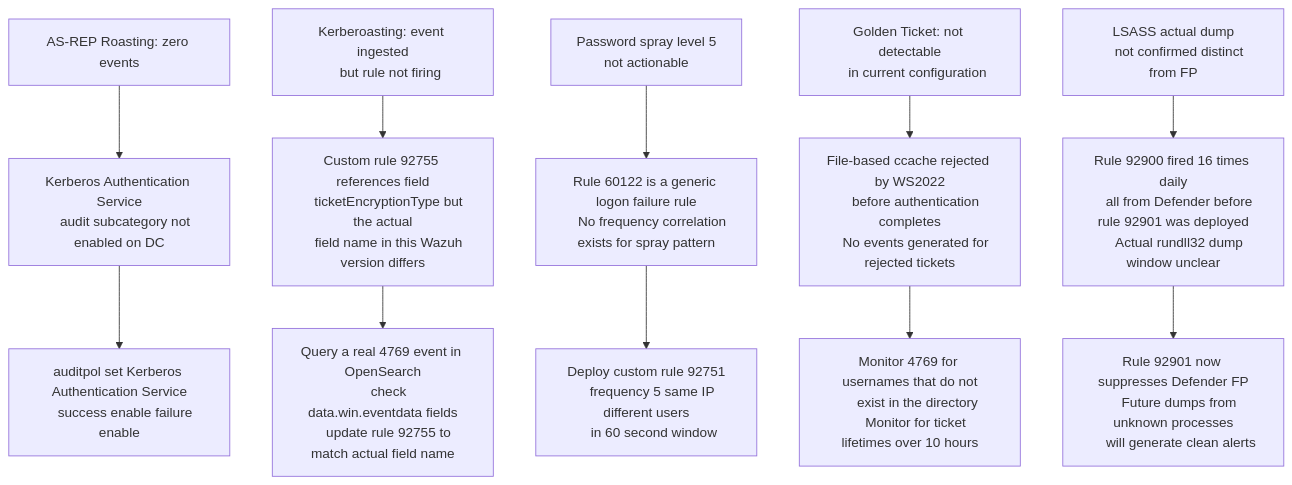
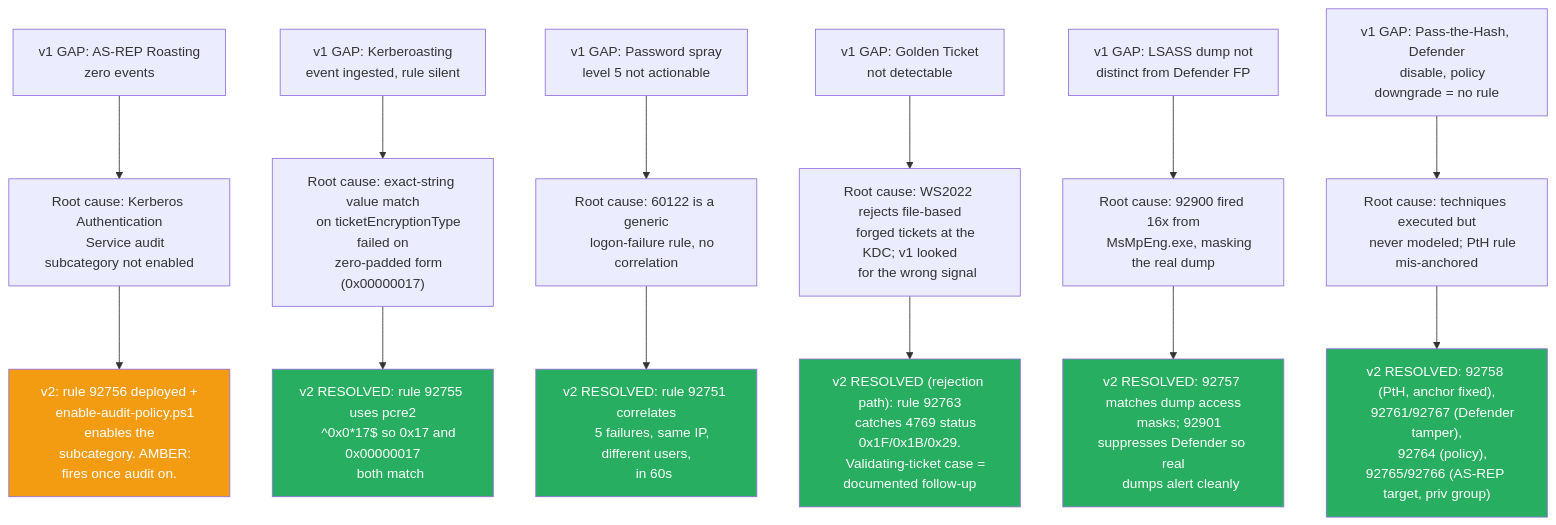
The seventh of 7 diagrams in docs/07-wazuh-detection-report.md (dimasqiramadhani/active-directory-offensive-security), drawn with Mermaid before and after one commit. The commit also changed other lines of this file and 27 other files, not shown here.

````diff
--- a/docs/07-wazuh-detection-report.md
+++ b/docs/07-wazuh-detection-report.md
@@ -252,38 +271,53 @@
 ```mermaid
 flowchart TD
-    GAP1["AS-REP Roasting: zero events"] --> RC1["Kerberos Authentication Service
-    audit subcategory not enabled on DC"]
-    RC1 --> FIX1["auditpol set Kerberos Authentication Service
-    success enable failure enable"]
+    GAP1["v1 GAP: AS-REP Roasting
+    zero events"] --> RC1["Root cause: Kerberos Authentication
+    Service audit subcategory not enabled"]
+    RC1 --> FIX1["v2: rule 92756 deployed +
+    enable-audit-policy.ps1 enables the
+    subcategory. AMBER: fires once audit on."]
 
-    GAP2["Kerberoasting: event ingested
-    but rule not firing"] --> RC2["Custom rule 92755 references field
-    ticketEncryptionType but the actual
-    field name in this Wazuh version differs"]
-    RC2 --> FIX2["Query a real 4769 event in OpenSearch
-    check data.win.eventdata fields
-    update rule 92755 to match actual field name"]
+    GAP2["v1 GAP: Kerberoasting
+    event ingested, rule silent"] --> RC2["Root cause: exact-string value match
+    on ticketEncryptionType failed on
+    zero-padded form (0x00000017)"]
+    RC2 --> FIX2["v2 RESOLVED: rule 92755 uses pcre2
+    ^0x0*17$ so 0x17 and 0x00000017
+    both match"]
 
-    GAP3["Password spray level 5
-    not actionable"] --> RC3["Rule 60122 is a generic logon failure rule
-    No frequency correlation exists for spray pattern"]
-    RC3 --> FIX3["Deploy custom rule 92751
-    frequency 5 same IP different users
-    in 60 second window"]
+    GAP3["v1 GAP: Password spray
+    level 5 not actionable"] --> RC3["Root cause: 60122 is a generic
+    logon-failure rule, no correlation"]
+    RC3 --> FIX3["v2 RESOLVED: rule 92751 correlates
+    5 failures, same IP, different users,
+    in 60s"]
 
-    GAP4["Golden Ticket: not detectable
-    in current configuration"] --> RC4["File-based ccache rejected by WS2022
-    before authentication completes
-    No events generated for rejected tickets"]
-    RC4 --> FIX4["Monitor 4769 for usernames that do not
-    exist in the directory
-    Monitor for ticket lifetimes over 10 hours"]
+    GAP4["v1 GAP: Golden Ticket
+    not detectable"] --> RC4["Root cause: WS2022 rejects file-based
+    forged tickets at the KDC; v1 looked
+    for the wrong signal"]
+    RC4 --> FIX4["v2 RESOLVED (rejection path): rule 92763
+    catches 4769 status 0x1F/0x1B/0x29.
+    Validating-ticket case = documented follow-up"]
 
-    GAP5["LSASS actual dump
-    not confirmed distinct from FP"] --> RC5["Rule 92900 fired 16 times daily
-    all from Defender before rule 92901 was deployed
-    Actual rundll32 dump window unclear"]
-    RC5 --> FIX5["Rule 92901 now suppresses Defender FP
-    Future dumps from unknown processes
-    will generate clean alerts"]
+    GAP5["v1 GAP: LSASS dump not
+    distinct from Defender FP"] --> RC5["Root cause: 92900 fired 16x from
+    MsMpEng.exe, masking the real dump"]
+    RC5 --> FIX5["v2 RESOLVED: 92757 matches dump access
+    masks; 92901 suppresses Defender so real
+    dumps alert cleanly"]
+
+    GAP6["v1 GAP: Pass-the-Hash, Defender
+    disable, policy downgrade = no rule"] --> RC6["Root cause: techniques executed but
+    never modeled; PtH rule mis-anchored"]
+    RC6 --> FIX6["v2 RESOLVED: 92758 (PtH, anchor fixed),
+    92761/92767 (Defender tamper),
+    92764 (policy), 92765/92766 (AS-REP target, priv group)"]
+
+    style FIX2 fill:#27ae60,color:#fff
+    style FIX3 fill:#27ae60,color:#fff
+    style FIX4 fill:#27ae60,color:#fff
+    style FIX5 fill:#27ae60,color:#fff
+    style FIX6 fill:#27ae60,color:#fff
+    style FIX1 fill:#f39c12,color:#fff
 ```
````
